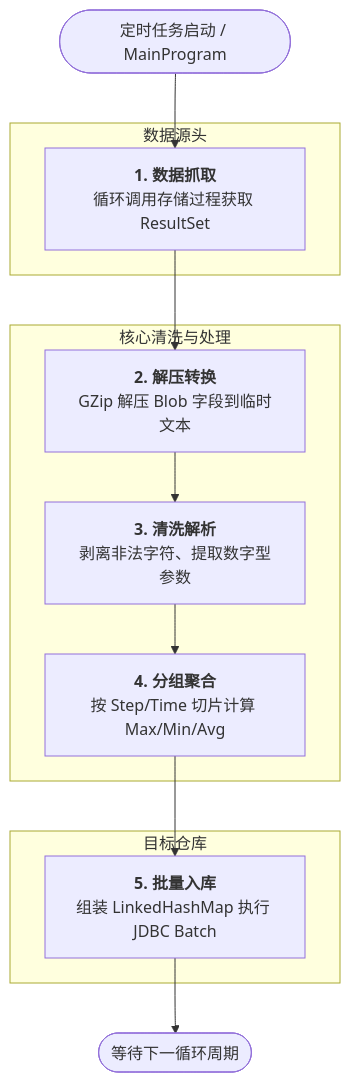
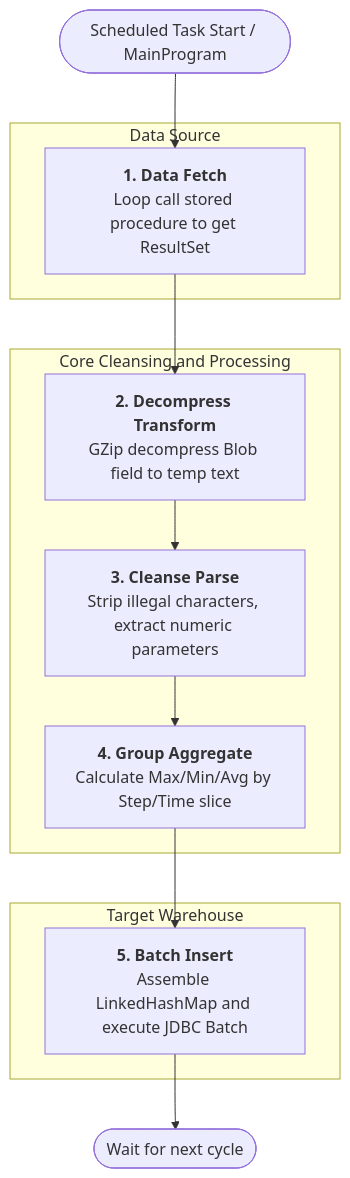
One commit to wanghuan2054/FdcBlobLoader changed the diagram in README.md. Above: the diagram before and after it, drawn with Mermaid. The commit also changed other lines of this file and 16 other files, not shown here.

````diff
--- a/README.md
+++ b/README.md
@@ -68,22 +69,22 @@
 ```mermaid
 graph TD
-    Start([定时任务启动 / MainProgram]) --> step1
+    Start([Scheduled Task Start / MainProgram]) --> step1
     
-    subgraph Source [数据源头]
-        step1[<b>1. 数据抓取</b><br>循环调用存储过程获取 ResultSet]
+    subgraph Source [Data Source]
+        step1[<b>1. Data Fetch</b><br>Loop call stored procedure to get ResultSet]
     end
     
-    subgraph Core [核心清洗与处理]
+    subgraph Core [Core Cleansing and Processing]
         step1 --> step2
-        step2[<b>2. 解压转换</b><br>GZip 解压 Blob 字段到临时文本] --> step3
-        step3[<b>3. 清洗解析</b><br>剥离非法字符、提取数字型参数] --> step4
-        step4[<b>4. 分组聚合</b><br>按 Step/Time 切片计算 Max/Min/Avg]
+        step2[<b>2. Decompress Transform</b><br>GZip decompress Blob field to temp text] --> step3
+        step3[<b>3. Cleanse Parse</b><br>Strip illegal characters, extract numeric parameters] --> step4
+        step4[<b>4. Group Aggregate</b><br>Calculate Max/Min/Avg by Step/Time slice]
     end
     
-    subgraph Target [目标仓库]
+    subgraph Target [Target Warehouse]
         step4 --> step5
-        step5[<b>5. 批量入库</b><br>组装 LinkedHashMap 执行 JDBC Batch]
+        step5[<b>5. Batch Insert</b><br>Assemble LinkedHashMap and execute JDBC Batch]
     end
     
-    step5 --> End([等待下一循环周期])
+    step5 --> End([Wait for next cycle])
 ```
````
